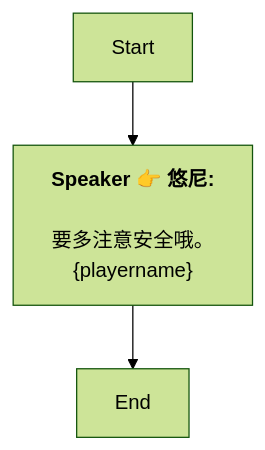
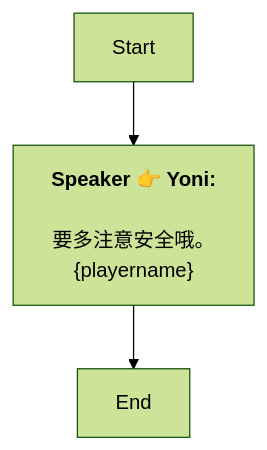
Before and after one commit to SoftHu/tos_avg: the diagram in Zh/AddDialogNode_1738349488666732.md, drawn with Mermaid (forest theme). The commit also changed 737 other files, not shown here.

````diff
--- a/Zh/AddDialogNode_1738349488666732.md
+++ b/Zh/AddDialogNode_1738349488666732.md
@@ -1,9 +1,8 @@
 ```mermaid
 graph
-Start -->1738350054375537[<b>Speaker 👉 悠尼:</b>
-
-要多注意安全哦。
+Start -->1738350054375537[<b>Speaker 👉 Yoni:</b>
+\n要多注意安全哦。
 &lbrace;playername&rbrace;]
 1738350054375537 -->1738350090959986[End]
 
- ```
+```
````
